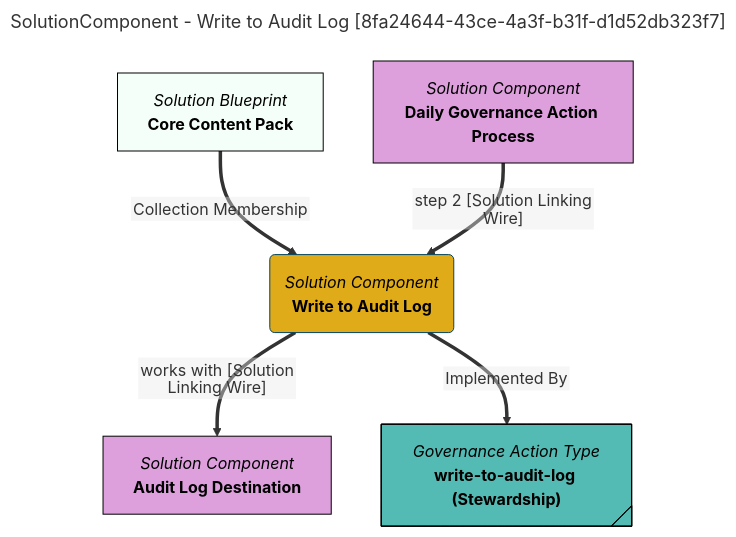
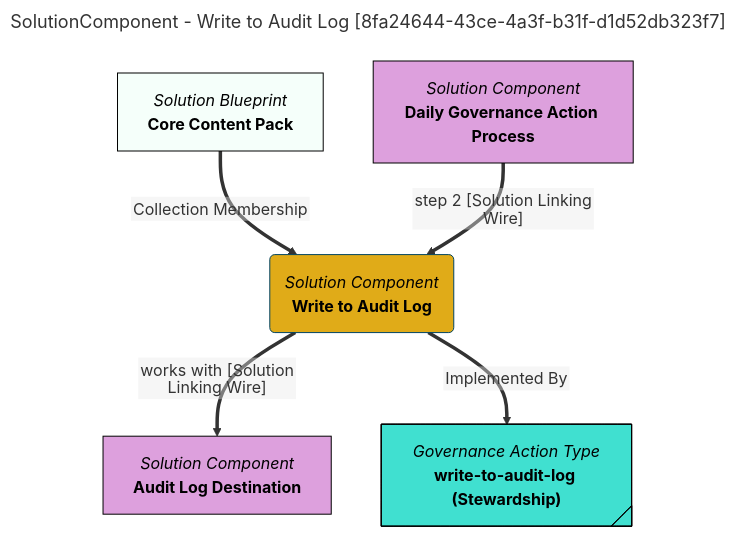
Before and after one commit to odpi/egeria-docs: the diagram in site/snippets/blueprints/components/write-to-audit-log-mermaid-graph.md, drawn with Mermaid. The commit also changed 2201 other files, not shown here.

````diff
--- a/site/snippets/blueprints/components/write-to-audit-log-mermaid-graph.md
+++ b/site/snippets/blueprints/components/write-to-audit-log-mermaid-graph.md
@@ -1,30 +1,30 @@
 ```mermaid
 ---
 title: SolutionComponent - Write to Audit Log [8fa24644-43ce-4a3f-b31f-d1d52db323f7]
 ---
 flowchart TD
 %%{init: {"flowchart": {"htmlLabels": false}} }%%
 
 1@{ shape: rounded, label: "*Solution Component*
 **Write to Audit Log**"}
 2@{ shape: rect, label: "*Solution Blueprint*
 **Core Content Pack**"}
 2==>|"Collection Membership"|1
 3@{ shape: rect, label: "*Solution Component*
 **Daily Governance Action Process**"}
 3==>|"step 2 [Solution Linking Wire]"|1
 4@{ shape: rect, label: "*Solution Component*
 **Audit Log Destination**"}
 1==>|"works with [Solution Linking Wire]"|4
 5@{ shape: tag-rect, label: "*Governance Action Type*
 **write-to-audit-log (Stewardship)**"}
 1==>|"Implemented By"|5
 style 1 color:#000000, fill:#e0ab18, stroke:#004563
 style 2 color:#000000, fill:#f5fffa, stroke:#000000
-style 3 color:#000000, fill:#dda0dd, stroke:#000000
-style 4 color:#000000, fill:#dda0dd, stroke:#000000
-style 5 color:#000000, fill:#53bbb4, stroke:#000000
+style 3 color:#000000, fill:#DDA0DD, stroke:#000000
+style 4 color:#000000, fill:#DDA0DD, stroke:#000000
+style 5 color:#000000, fill:#40E0D0, stroke:#000000
 click 1 "https://egeria-project.org/concepts/governance-action-type/" "Click for more documentation" _blank
 click 3 "https://egeria-project.org/concepts/guard/" "Click for more documentation" _blank
 click 4 "https://egeria-project.org/concepts/audit-log/" "Click for more documentation" _blank
 ```
````
